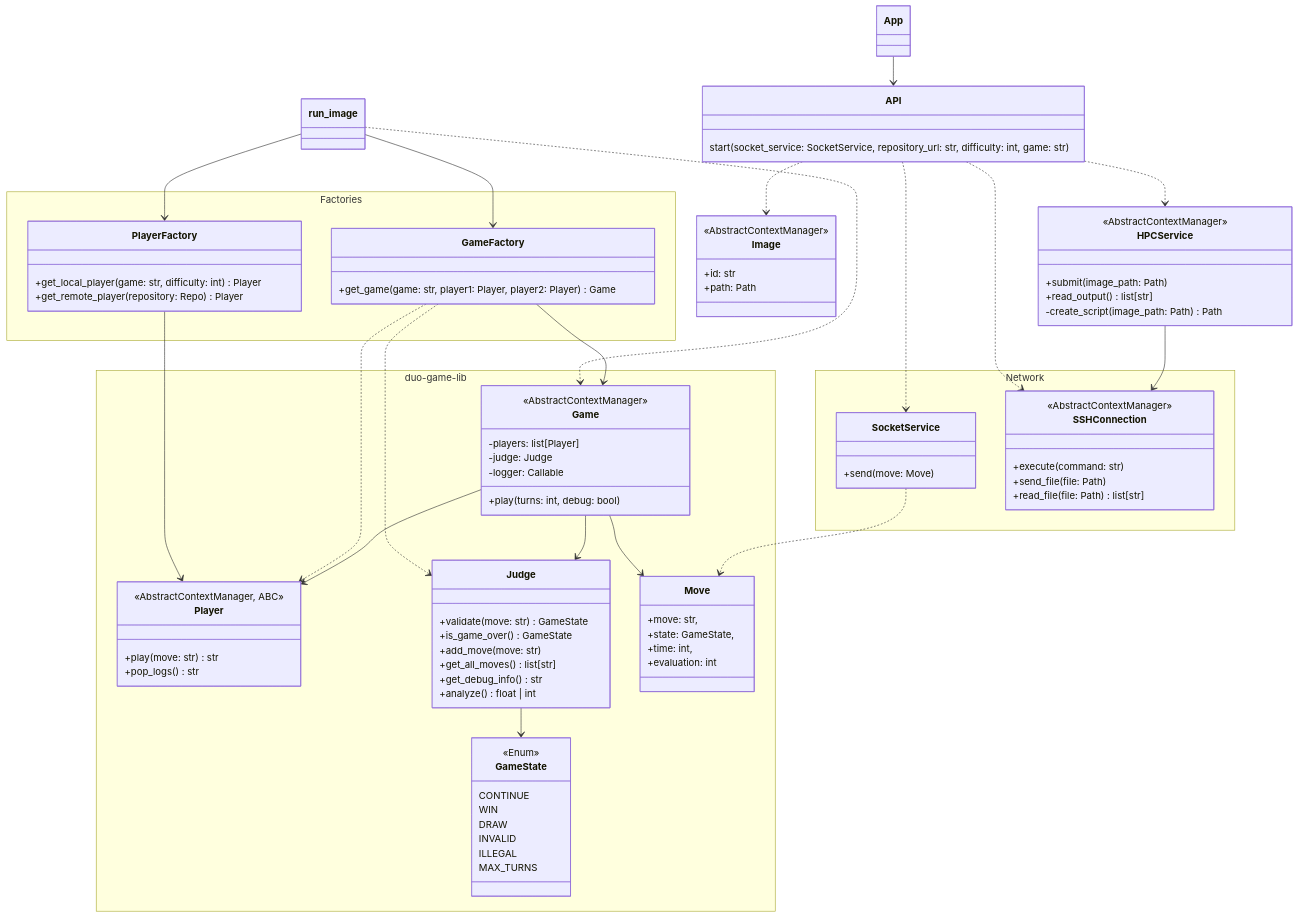
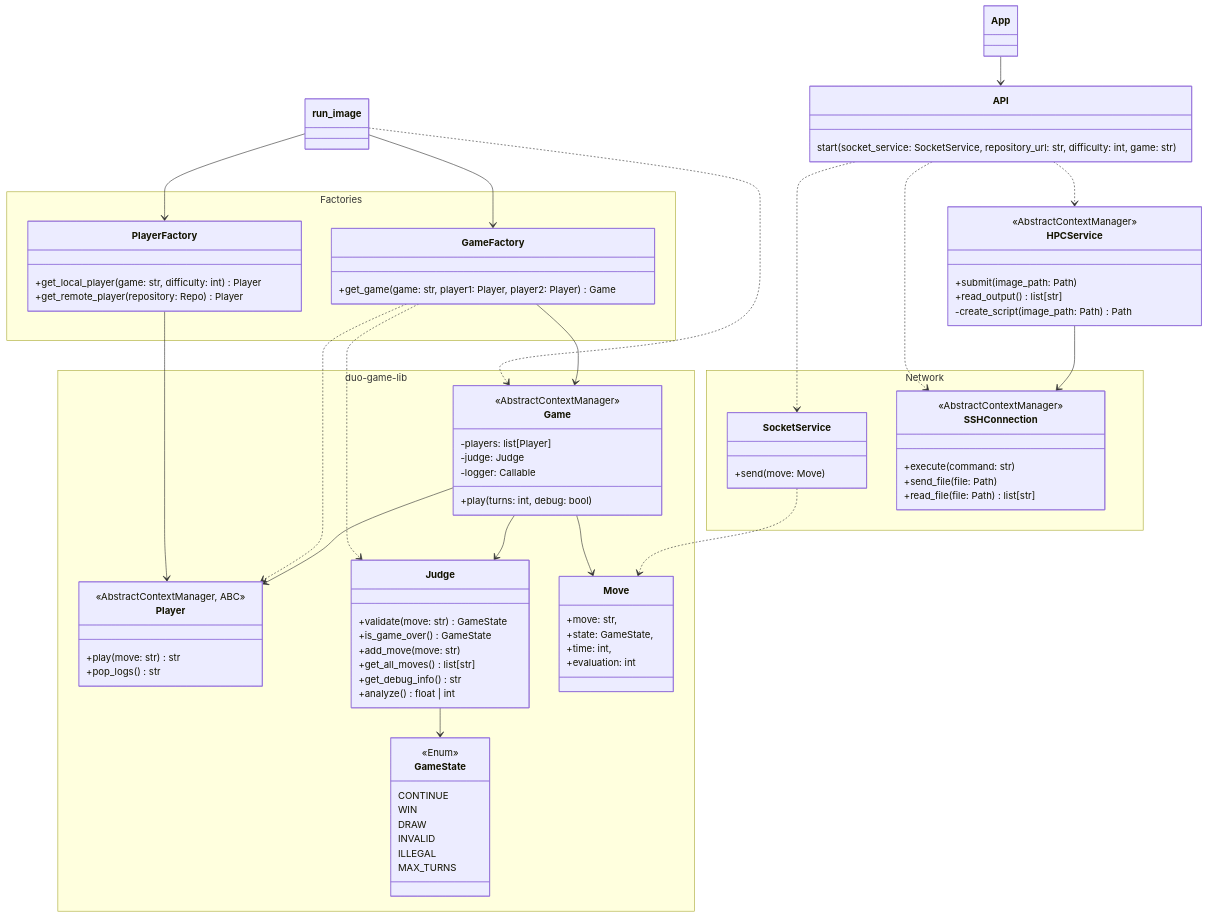
One commit to game-ai-platform-team/tira-ai-platform changed the third of 5 diagrams in docs/architecture.md. Above: the diagram before and after it, drawn with Mermaid. The commit also changed other lines of this file, not shown here.

Commit message:
docs(#130): Remove Image class

```diff
--- a/docs/architecture.md
+++ b/docs/architecture.md
@@ -131,7 +127,6 @@
 API ..> SocketService
 API ..> SSHConnection
 API ..> HPCService
-API ..> Image
 HPCService --> SSHConnection
 
 run_image ..> Game
@@ -159,12 +154,6 @@
     +submit(image_path: Path)
     +read_output() list[str]
     -create_script(image_path: Path) Path
-}
-
-class Image {
-    <<AbstractContextManager>>
-    +id: str
-    +path: Path
 }
 
 namespace Factories {
```
